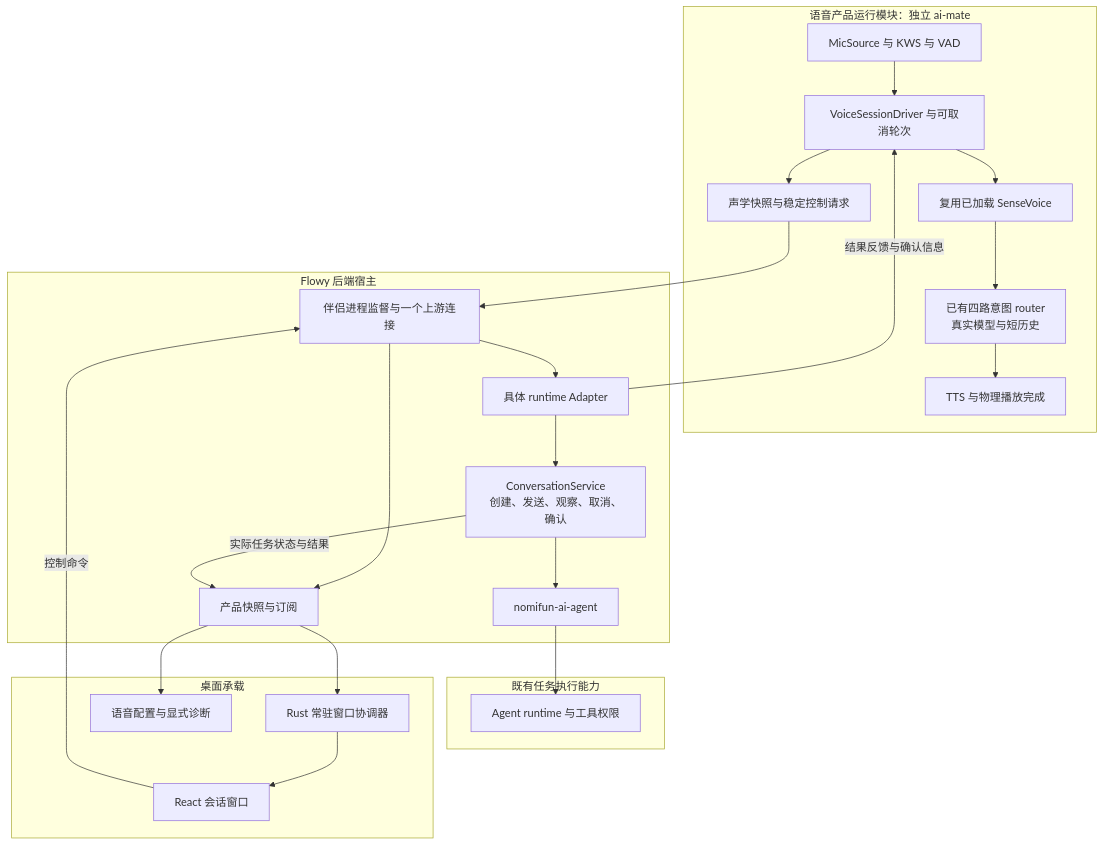
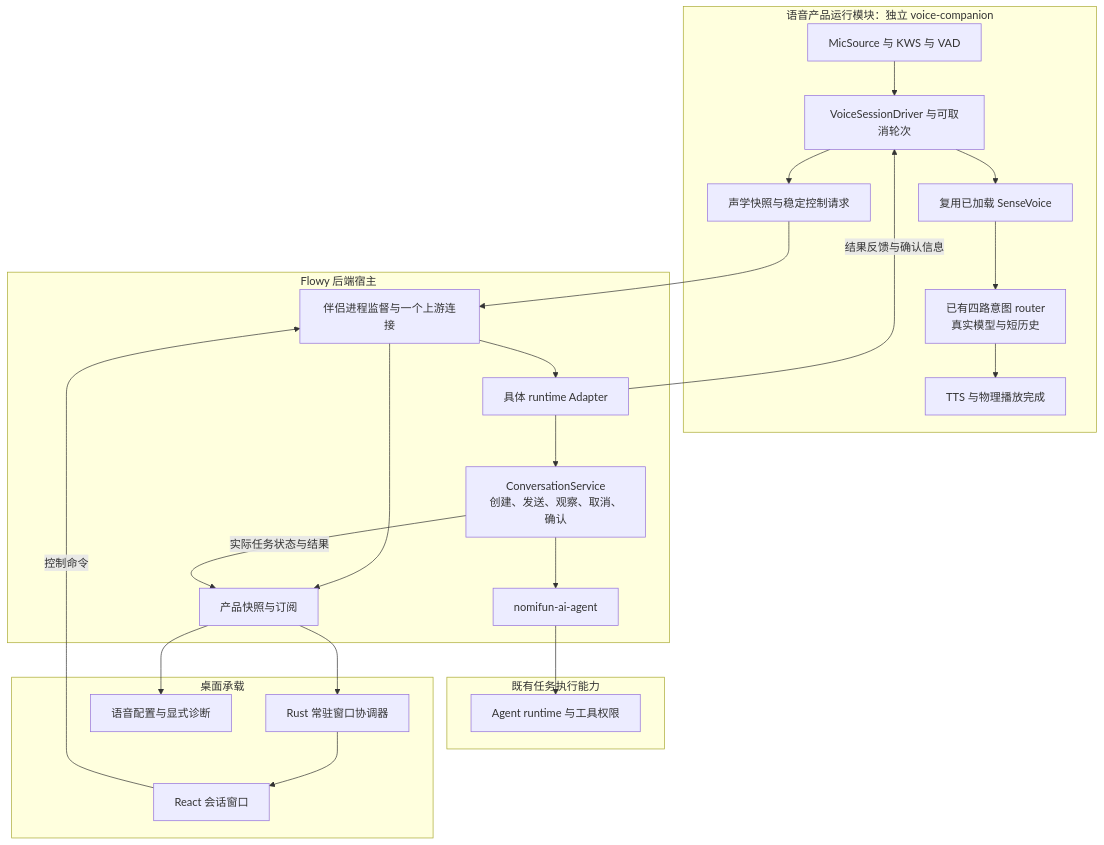
One commit to Michael-Lfx/allo changed the first of 2 diagrams in docs/architecture/voice-agent/voice-companion-integration.zh.md. Above: the diagram before and after it, drawn with Mermaid. The commit also changed other lines of this file and 55 other files, not shown here.

Commit message:
refactor(voice): rename ai-mate to voice-companion across crate, binary, scripts, and docs

````diff
--- a/docs/architecture/voice-agent/voice-companion-integration.zh.md
+++ b/docs/architecture/voice-agent/voice-companion-integration.zh.md
@@ -41,30 +41,30 @@
 ```mermaid
 flowchart TD
-    subgraph Voice["语音产品运行模块：独立 ai-mate"]
+    subgraph Voice["语音产品运行模块：独立 voice-companion"]
         Capture["MicSource 与 KWS 与 VAD"] --> Turn["VoiceSessionDriver 与可取消轮次"]
         Turn --> ASR["复用已加载 SenseVoice"]
         ASR --> Decision["已有四路意图 router<br/>真实模型与短历史"]
         Decision --> Playback["TTS 与物理播放完成"]
         Turn --> VoiceState["声学快照与稳定控制请求"]
     end
     subgraph Host["Flowy 后端宿主"]
         Manager["伴侣进程监督与一个上游连接"] --> Projection["产品快照与订阅"]
         Adapter["具体 runtime Adapter"] --> Conv["ConversationService<br/>创建、发送、观察、取消、确认"]
         Conv --> Bridge["nomifun-ai-agent"]
     end
     subgraph Execution["既有任务执行能力"]
         Runtime["Agent runtime 与工具权限"]
     end
     subgraph UI["桌面承载"]
         Native["Rust 常驻窗口协调器"] --> SessionWindow["React 会话窗口"]
         Settings["语音配置与显式诊断"]
     end
     VoiceState --> Manager
     Manager --> Adapter
     Bridge --> Runtime
     Conv -->|"实际任务状态与结果"| Projection
     Projection --> Native
     Projection --> Settings
     SessionWindow -->|"控制命令"| Manager
     Adapter -->|"结果反馈与确认信息"| Turn
 ```
````
